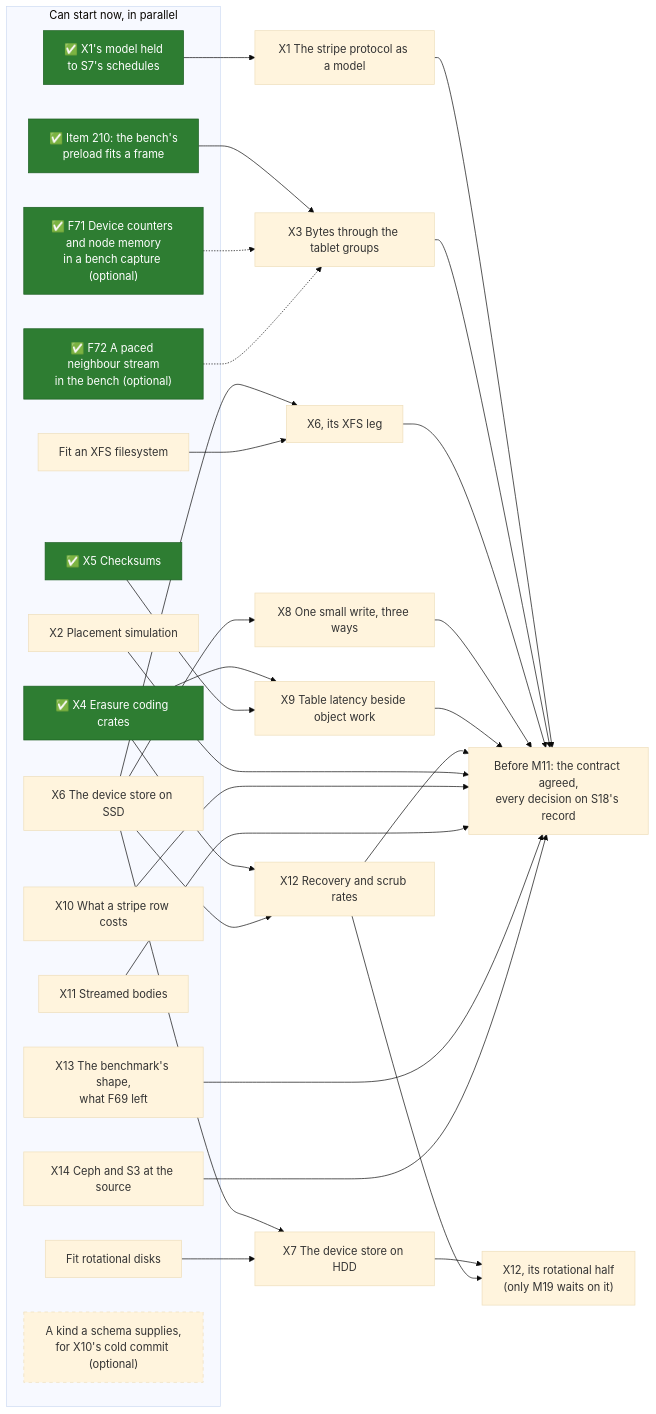
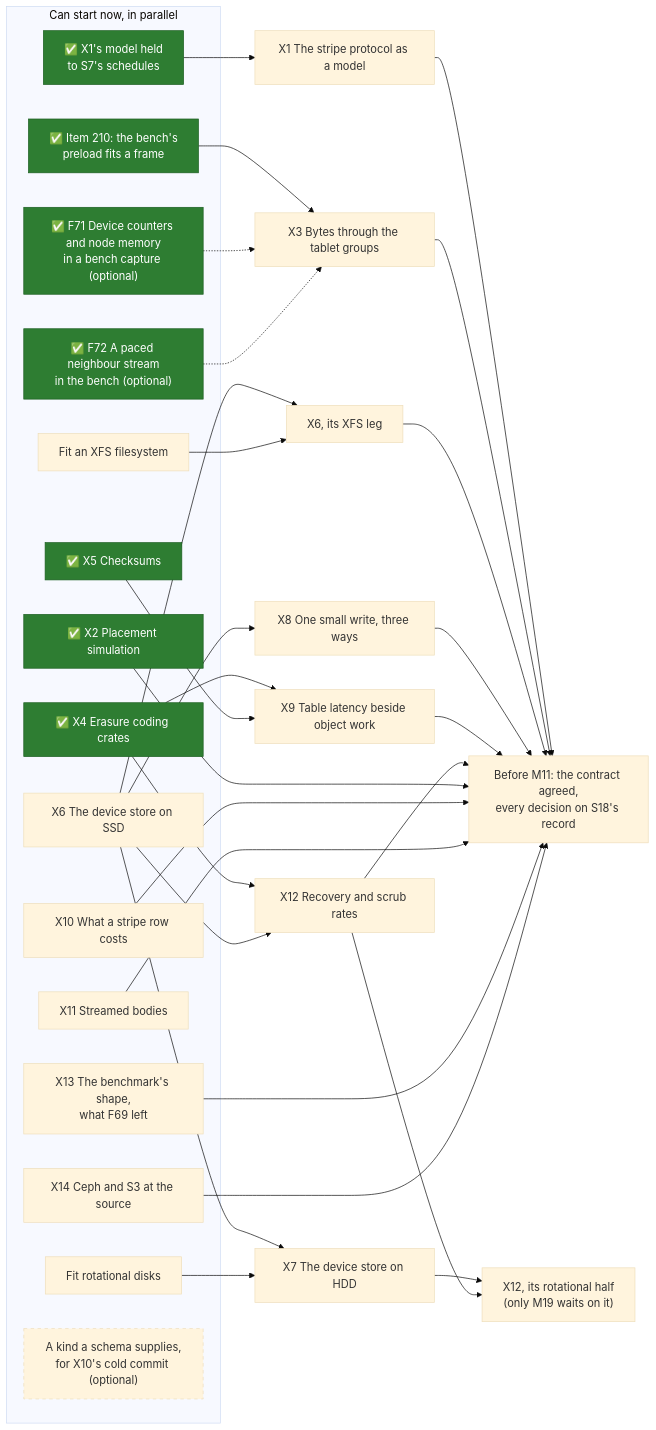
Before and after one commit to mjcarson/shoal: the first of 2 diagrams in docs/src/object-storage/whats-left-todo.md, drawn with Mermaid (base theme). The commit also changed other lines of this file and 37 other files, not shown here.

````diff
--- a/docs/src/object-storage/whats-left-todo.md
+++ b/docs/src/object-storage/whats-left-todo.md
@@ -25,57 +25,57 @@
 ```mermaid
 flowchart LR
     classDef done fill:#2e7d32,stroke:#1b5e20,color:#ffffff
     classDef optional stroke-dasharray: 5 5
     subgraph now["Can start now, in parallel"]
         R1["✅ X1's model held<br>to S7's schedules"]:::done
         R2["✅ Item 210: the bench's<br>preload fits a frame"]:::done
         XFS["Fit an XFS filesystem"]
         Disks["Fit rotational disks"]
-        X2["X2 Placement simulation"]
+        X2["✅ X2 Placement simulation"]:::done
         X4["✅ X4 Erasure coding crates"]:::done
         X5["✅ X5 Checksums"]:::done
         X6["X6 The device store on SSD"]
         X10["X10 What a stripe row costs"]
         X11["X11 Streamed bodies"]
         X13["X13 The benchmark's shape,<br>what F69 left"]
         X14["X14 Ceph and S3 at the source"]
         Counters["✅ F71 Device counters and node memory<br>in a bench capture (optional)"]:::done
         Neighbour["✅ F72 A paced neighbour stream<br>in the bench (optional)"]:::done
         Kinds["A kind a schema supplies,<br>for X10's cold commit (optional)"]:::optional
     end
     X1["X1 The stripe protocol as a model"]
     X3["X3 Bytes through the tablet groups"]
     X6x["X6, its XFS leg"]
     X7["X7 The device store on HDD"]
     X8["X8 One small write, three ways"]
     X9["X9 Table latency beside object work"]
     X12["X12 Recovery and scrub rates"]
     X12r["X12, its rotational half<br>(only M19 waits on it)"]
     Gate["Before M11: the contract agreed,<br>every decision on S18's record"]
     R1 --> X1
     R2 --> X3
     X6 --> X6x
     XFS --> X6x
     X6 --> X7
     Disks --> X7
     X6 --> X8
     X4 --> X9
     X5 --> X9
     X4 --> X12
     X6 --> X12
     X7 --> X12r
     X12 --> X12r
     Counters -.-> X3
     Neighbour -.-> X3
     X1 --> Gate
     X3 --> Gate
     X6x --> Gate
     X8 --> Gate
     X9 --> Gate
     X12 --> Gate
     X2 ---> Gate
     X10 ---> Gate
     X11 ---> Gate
     X13 ---> Gate
     X14 ---> Gate
 ```
````
